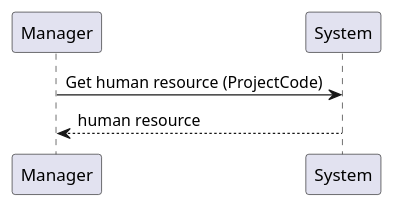
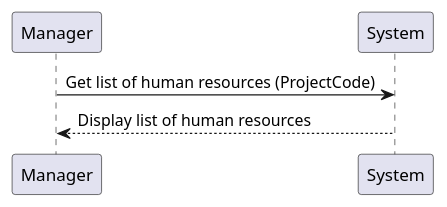
Before and after one commit to ivo-menezes/project_g3: the diagram in docs/modelling_design/user_stories/us014/US014_ListHumanResourcesOfProjectSSD.puml, drawn with PlantUML. The commit also changed 1 other file, not shown here.

```diff
--- a/docs/modelling_design/user_stories/us014/US014_ListHumanResourcesOfProjectSSD.puml
+++ b/docs/modelling_design/user_stories/us014/US014_ListHumanResourcesOfProjectSSD.puml
@@ -1,6 +1,6 @@
 @startuml
 
-Manager -> System: Get human resource (ProjectCode)
-Manager <-- System: human resource
+Manager -> System: Get list of human resources (ProjectCode)
+Manager <-- System: Display list of human resources
 
 @enduml
```
